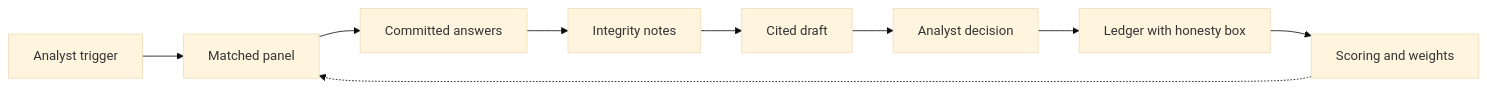
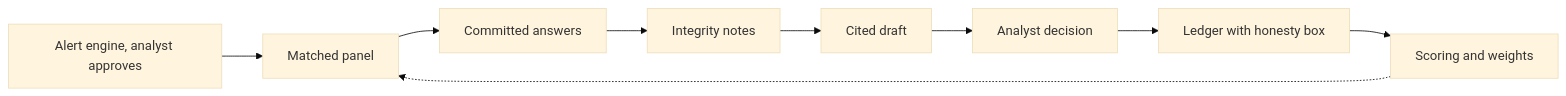
Before and after one commit to shoizuno-cloud/HFG8-ACAPS-Ground-Truth: the diagram in docs/sealed-signals/impact.md, drawn with Mermaid (base theme). The commit also changed other lines of this file and 5 other files, not shown here.

Commit message:
research: alert engine (v3.1) in impact, pitch, README, checklist, future

````diff
--- a/docs/sealed-signals/impact.md
+++ b/docs/sealed-signals/impact.md
@@ -194,11 +195,11 @@
 ```mermaid
 flowchart LR
-  A[Analyst trigger] --> B[Matched panel]
+  A[Alert engine, analyst approves] --> B[Matched panel]
   B --> C[Committed answers]
   C --> D[Integrity notes]
   D --> E[Cited draft]
   E --> F[Analyst decision]
   F --> G[Ledger with honesty box]
   G --> H[Scoring and weights]
   H -.-> B
 ```
````
